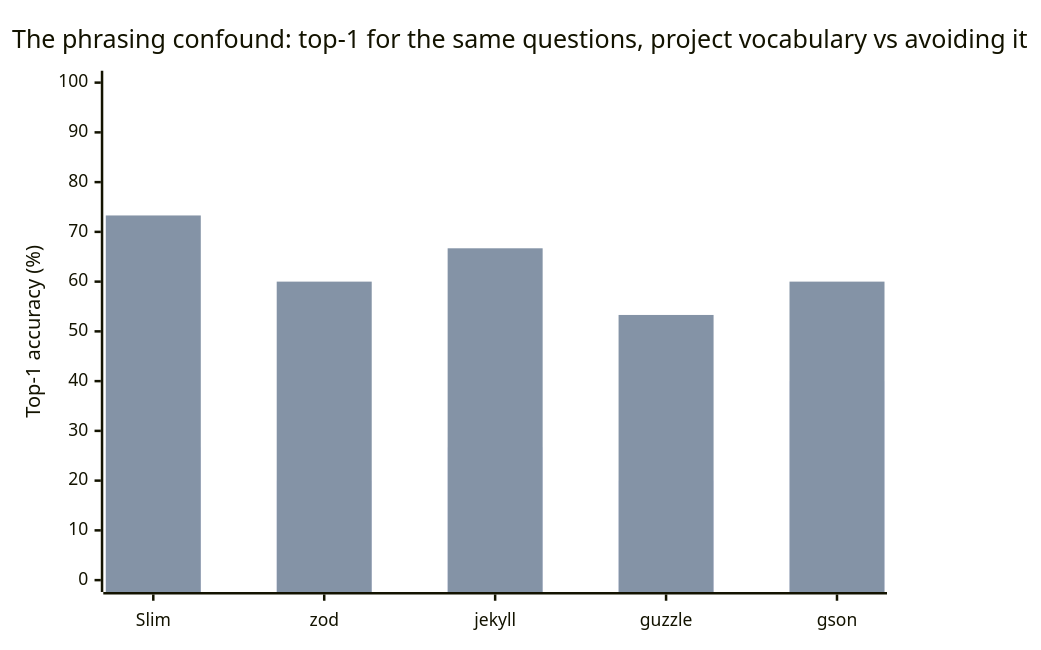
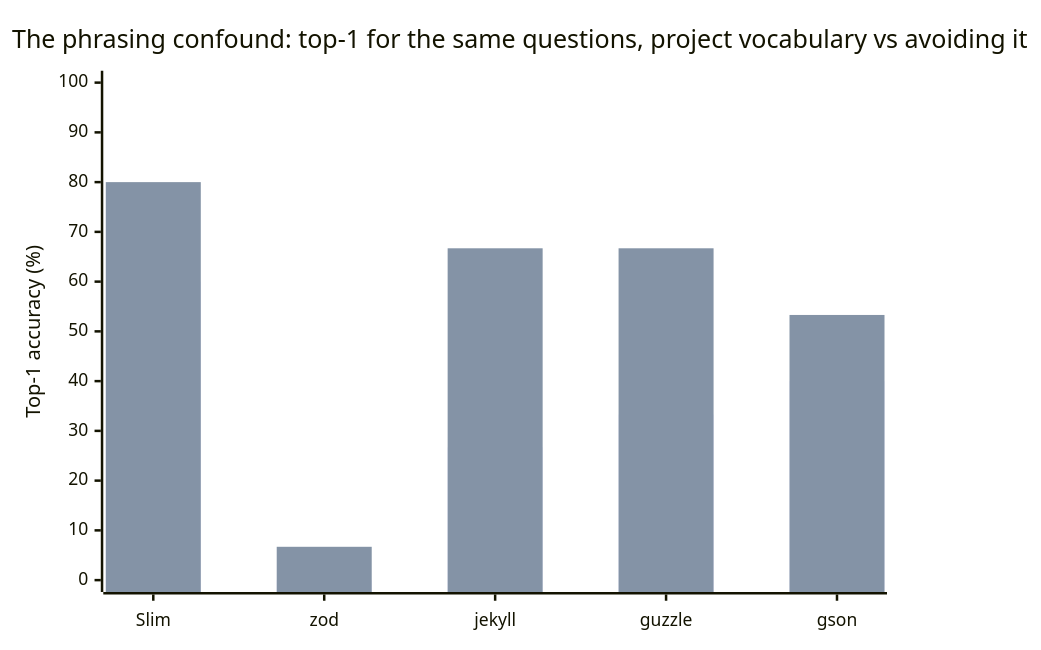
One commit to Aletheore/aletheore-benchmarks changed the first of 8 diagrams in README.md. Above: the diagram before and after it, drawn with Mermaid. The commit also changed other lines of this file and 3 other files, not shown here.

````diff
--- a/README.md
+++ b/README.md
@@ -100,8 +116,8 @@
 ```mermaid
 xychart-beta
     title "The phrasing confound: top-1 for the same questions, project vocabulary vs avoiding it"
     x-axis [Slim, zod, jekyll, guzzle, gson]
     y-axis "Top-1 accuracy (%)" 0 --> 100
-    bar "vocabulary-avoiding" [26.7, 20.0, 26.7, 20.0, 40.0]
-    bar "project vocabulary" [73.3, 60.0, 66.7, 53.3, 60.0]
+    bar "vocabulary-avoiding" [60.0, 0.0, 26.7, 33.3, 40.0]
+    bar "project vocabulary" [80.0, 6.7, 66.7, 66.7, 53.3]
 ```
````
